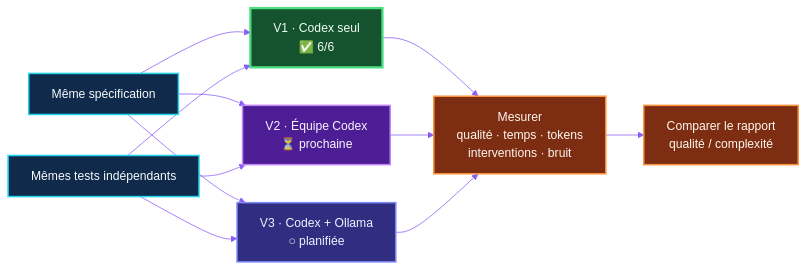
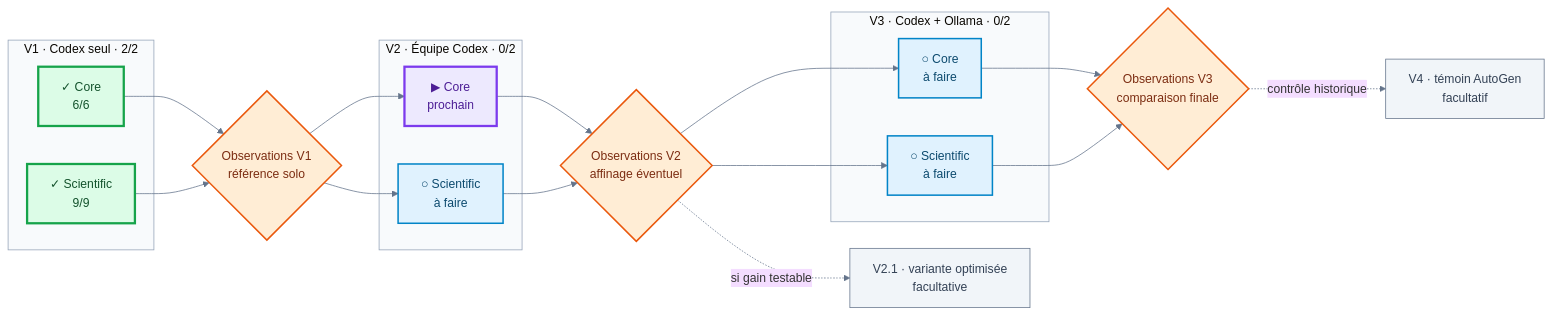
Before and after one commit to ERICRAC/AgentBench-2026: the diagram in README.md, drawn with Mermaid. The commit also changed other lines of this file and 7 other files, not shown here.

````diff
--- a/README.md
+++ b/README.md
@@ -52,33 +35,45 @@
 ```mermaid
 %%{init: {"theme": "base", "themeVariables": {
-  "primaryColor": "#0f2a4a",
-  "primaryTextColor": "#f8fafc",
-  "primaryBorderColor": "#22d3ee",
-  "lineColor": "#8b5cf6",
-  "secondaryColor": "#3b1d67",
-  "tertiaryColor": "#431f2b",
-  "fontFamily": "system-ui"
+  "fontFamily": "system-ui",
+  "lineColor": "#64748b",
+  "clusterBkg": "#f8fafc",
+  "clusterBorder": "#94a3b8"
 }}}%%
 flowchart LR
-    S["Même spécification"] --> R1["V1 · Codex seul<br/>✅ 6/6"]
-    S --> R2["V2 · Équipe Codex<br/>⏳ prochaine"]
-    S --> R3["V3 · Codex + Ollama<br/>○ planifiée"]
-    T["Mêmes tests indépendants"] --> R1
-    T --> R2
-    T --> R3
-    R1 --> M["Mesurer<br/>qualité · temps · tokens<br/>interventions · bruit"]
-    R2 --> M
-    R3 --> M
-    M --> C["Comparer le rapport<br/>qualité / complexité"]
+    subgraph V1["V1 · Codex seul · 2/2"]
+      V1C["✓ Core<br/>6/6"]
+      V1S["✓ Scientific<br/>9/9"]
+    end
+    G1{"Observations V1<br/>référence solo"}
+    subgraph V2["V2 · Équipe Codex · 0/2"]
+      V2C["▶ Core<br/>prochain"]
+      V2S["○ Scientific<br/>à faire"]
+    end
+    G2{"Observations V2<br/>affinage éventuel"}
+    V21["V2.1 · variante optimisée<br/>facultative"]
+    subgraph V3["V3 · Codex + Ollama · 0/2"]
+      V3C["○ Core<br/>à faire"]
+      V3S["○ Scientific<br/>à faire"]
+    end
+    G3{"Observations V3<br/>comparaison finale"}
+    V4["V4 · témoin AutoGen<br/>facultatif"]
 
-    classDef source fill:#0f2a4a,stroke:#22d3ee,color:#f8fafc,stroke-width:2px;
-    classDef done fill:#14532d,stroke:#4ade80,color:#f0fdf4,stroke-width:3px;
-    classDef next fill:#4c1d95,stroke:#c084fc,color:#faf5ff,stroke-width:2px;
-    classDef planned fill:#312e81,stroke:#818cf8,color:#eef2ff,stroke-width:2px;
-    classDef measure fill:#7c2d12,stroke:#fb923c,color:#fff7ed,stroke-width:2px;
-    class S,T source;
-    class R1 done;
-    class R2 next;
-    class R3 planned;
-    class M,C measure;
+    V1C & V1S --> G1
+    G1 --> V2C & V2S
+    V2C & V2S --> G2
+    G2 -. "si gain testable" .-> V21
+    G2 --> V3C & V3S
+    V3C & V3S --> G3
+    G3 -. "contrôle historique" .-> V4
+
+    classDef done fill:#dcfce7,stroke:#16a34a,color:#14532d,stroke-width:3px;
+    classDef next fill:#ede9fe,stroke:#7c3aed,color:#4c1d95,stroke-width:3px;
+    classDef todo fill:#e0f2fe,stroke:#0284c7,color:#0c4a6e,stroke-width:2px;
+    classDef gate fill:#ffedd5,stroke:#ea580c,color:#7c2d12,stroke-width:2px;
+    classDef optional fill:#f1f5f9,stroke:#64748b,color:#334155;
+    class V1C,V1S done;
+    class V2C next;
+    class V2S,V3C,V3S todo;
+    class G1,G2,G3 gate;
+    class V21,V4 optional;
 ```
````
